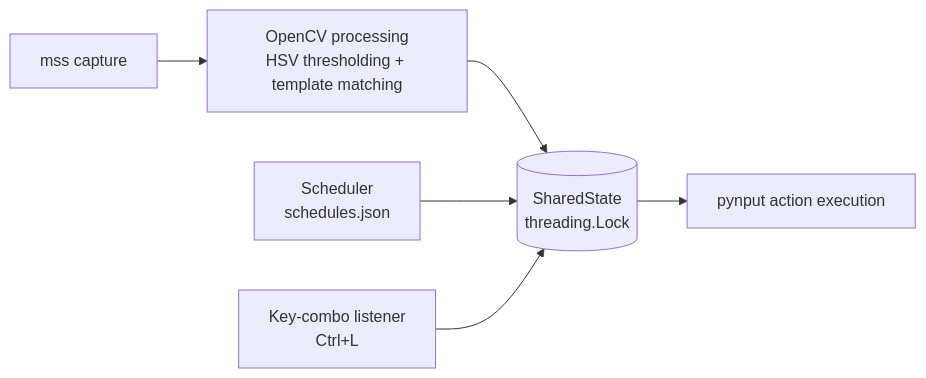
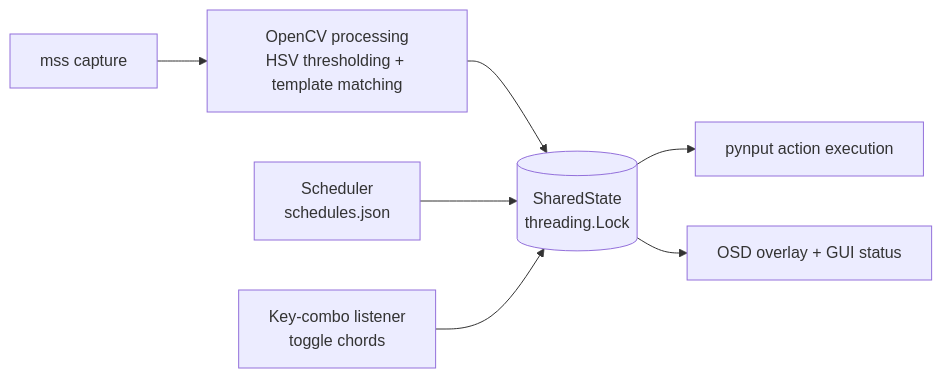
The second of 2 diagrams in README.md (pengkenlim/MushroomGameHelper), drawn with Mermaid before and after one commit. The commit also changed other lines of this file and 2 other files, not shown here.

Commit message:
Rewrite README with new GUI docs and screenshot placeholders; fix looting status hint

````diff
--- a/README.md
+++ b/README.md
@@ -559,8 +647,9 @@
 ```mermaid
 flowchart LR
     A[mss capture] --> B[OpenCV processing<br/>HSV thresholding + template matching]
     B --> C[(SharedState<br/>threading.Lock)]
     S[Scheduler<br/>schedules.json] --> C
     C --> D[pynput action execution]
-    K[Key-combo listener<br/>Ctrl+L] --> C
+    K[Key-combo listener<br/>toggle chords] --> C
+    C --> O[OSD overlay + GUI status]
 ```
````
